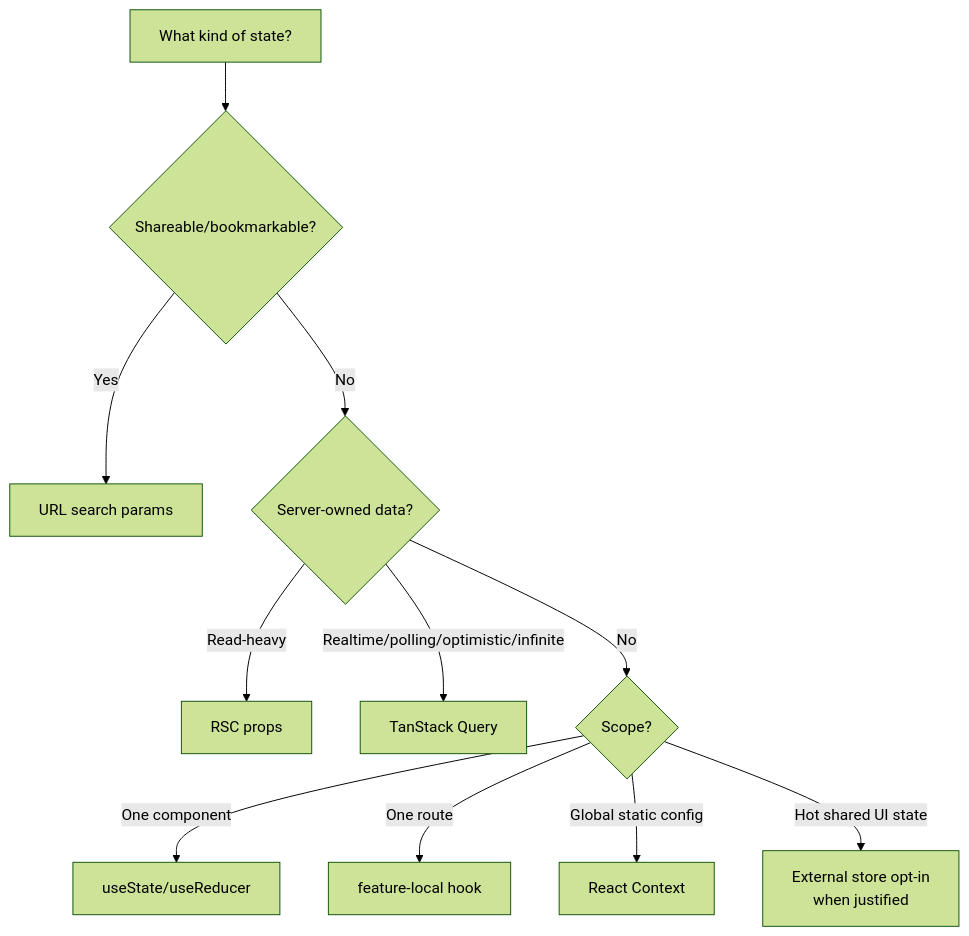
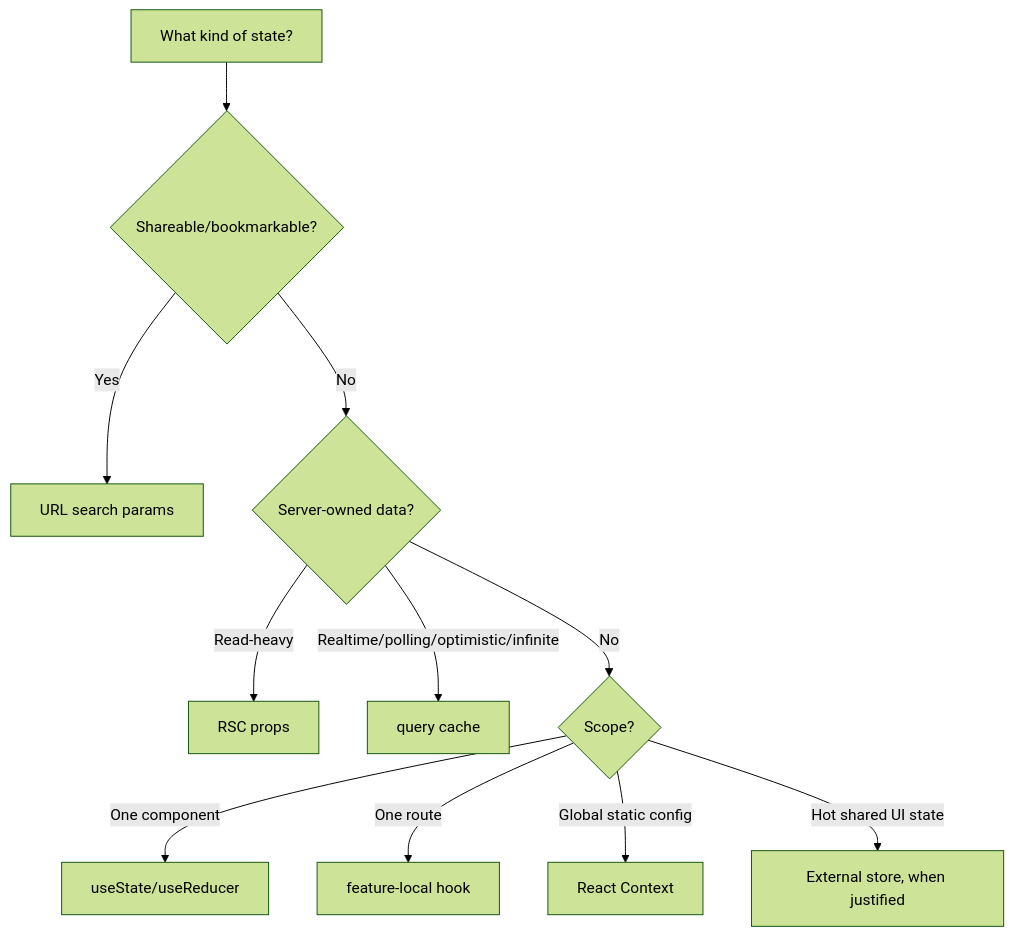
The sixth of 6 diagrams in docs/architecture-contract.md (clicktronix/nextjs-clean-skills), drawn with Mermaid (forest theme) before and after one commit. The commit also changed other lines of this file and 68 other files, not shown here.

````diff
--- a/docs/architecture-contract.md
+++ b/docs/architecture-contract.md
@@ -175,13 +222,13 @@
 ```mermaid
 flowchart TD
   State["What kind of state?"] --> URL{"Shareable/bookmarkable?"}
   URL -->|Yes| SearchParams["URL search params"]
   URL -->|No| Server{"Server-owned data?"}
   Server -->|Read-heavy| RSCProps["RSC props"]
-  Server -->|Realtime/polling/optimistic/infinite| TanStack["TanStack Query"]
+  Server -->|Realtime/polling/optimistic/infinite| TanStack["query cache"]
   Server -->|No| Scope{"Scope?"}
   Scope -->|One component| Local["useState/useReducer"]
   Scope -->|One route| FeatureHook["feature-local hook"]
   Scope -->|Global static config| Context["React Context"]
-  Scope -->|Hot shared UI state| Zustand["External store opt-in\nwhen justified"]
+  Scope -->|Hot shared UI state| Store["External store, when justified"]
 ```
````
